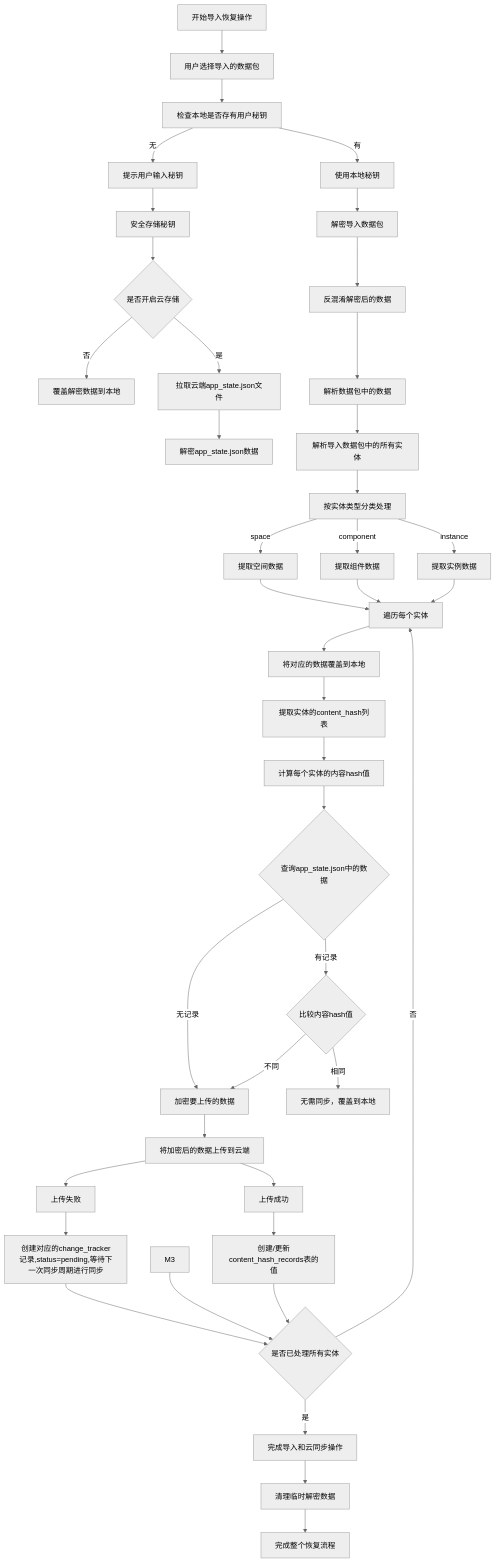
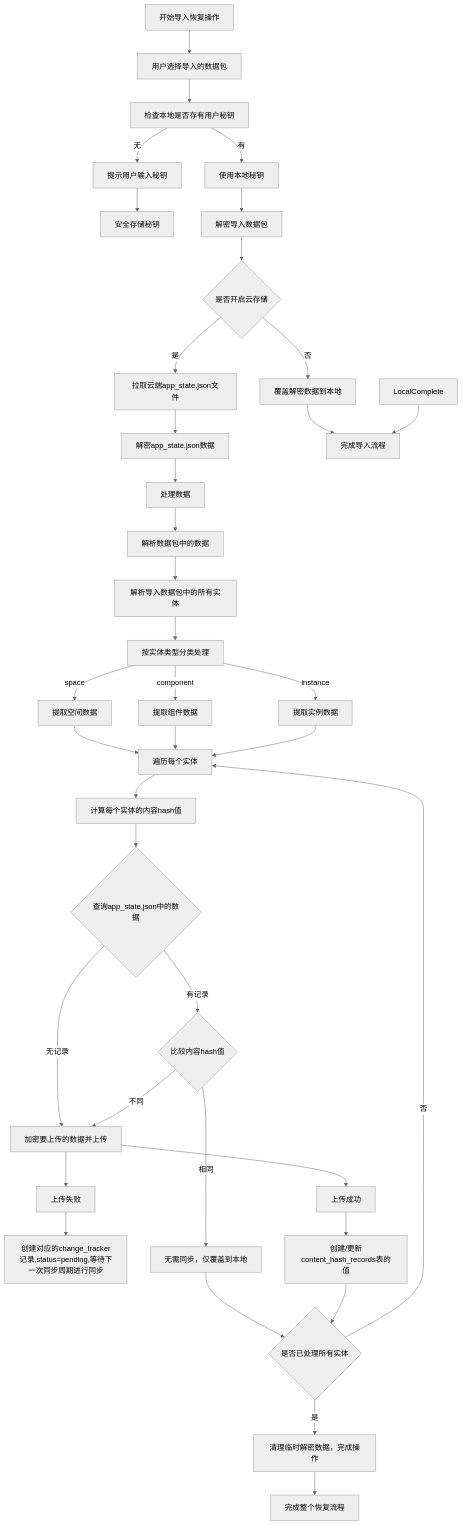
The diagram in all/未命名-47.md (yingjianzh/iodraw-files), drawn with Mermaid (neutral theme) before and after one commit.

Commit message:
2025-04-29 14:52:08 update

````diff
--- a/all/未命名-47.md
+++ b/all/未命名-47.md
@@ -1,58 +1,56 @@
 ```mermaid
 flowchart TD
     A[开始导入恢复操作] --> B[用户选择导入的数据包]
     B --> B1[检查本地是否存有用户秘钥]
     
     B1 -->|有| B3[使用本地秘钥]
     B1 -->|无| B4[提示用户输入秘钥]
 
     B4 --> B8[安全存储秘钥]
     B3 --> B10[解密导入数据包]
 
-    B8 --> Check{是否开启云存储}
+    B10 --> Check{是否开启云存储}
     Check --> |否| LocalOnly[覆盖解密数据到本地]
     
     Check --> |是| Download[拉取云端app_state.json文件]
     Download --> AppState[解密app_state.json数据]
 
-    B10 --> B11[反混淆解密后的数据]
-    B11 --> C[解析数据包中的数据]
+    LocalOnly --> Complete[完成导入流程]
+    AppState --> Process[处理数据]
+
+    Process --> C[解析数据包中的数据]
     
     C --> D[解析导入数据包中的所有实体]
     D --> G[按实体类型分类处理]
     
     G -->|space| H1[提取空间数据]
     G -->|component| H2[提取组件数据]
     G -->|instance| H3[提取实例数据]
     
     H1 --> I[遍历每个实体]
     H2 --> I
     H3 --> I
     
-    I --> Save[将对应的数据覆盖到本地]
-    Save --> J[提取实体的content_hash列表]
-    J --> K[计算每个实体的内容hash值]
+    I --> CalcHash[计算每个实体的内容hash值]
+    CalcHash --> L{查询app_state.json中的数据}
     
-    K --> L{查询app_state.json中的数据}
-    L -->|无记录| M1[加密要上传的数据]
-    M1 --> M1a[将加密后的数据上传到云端]
-    M1a --> N1[上传成功]
-    M1a --> N2[上传失败]
+    L -->|无记录| M1[加密要上传的数据并上传]
+    M1 --> N1[上传成功]
+    M1 --> N2[上传失败]
     
     N2 --> N3[创建对应的change_tracker记录,status=pending,等待下一次同步周期进行同步]
-    N3 --> S
     N1 --> M4[创建/更新content_hash_records表的值]
+    LocalComplete --> Complete
 
     L -->|有记录| M2{比较内容hash值}
-    M2 -->|相同| SkipSync[无需同步，覆盖到本地]
+    M2 -->|相同| M3[无需同步，仅覆盖到本地]
     M2 -->|不同| M1
     
     M3 --> S{是否已处理所有实体}
-    M4 --> S{是否已处理所有实体}
-    
+    M4 --> S
+
     S -->|否| I
-    S -->|是| T[完成导入和云同步操作]
-    
-    T --> U[清理临时解密数据]
+    S -->|是| U[清理临时解密数据，完成操作]
+
     U --> V[完成整个恢复流程]
 ```
````
